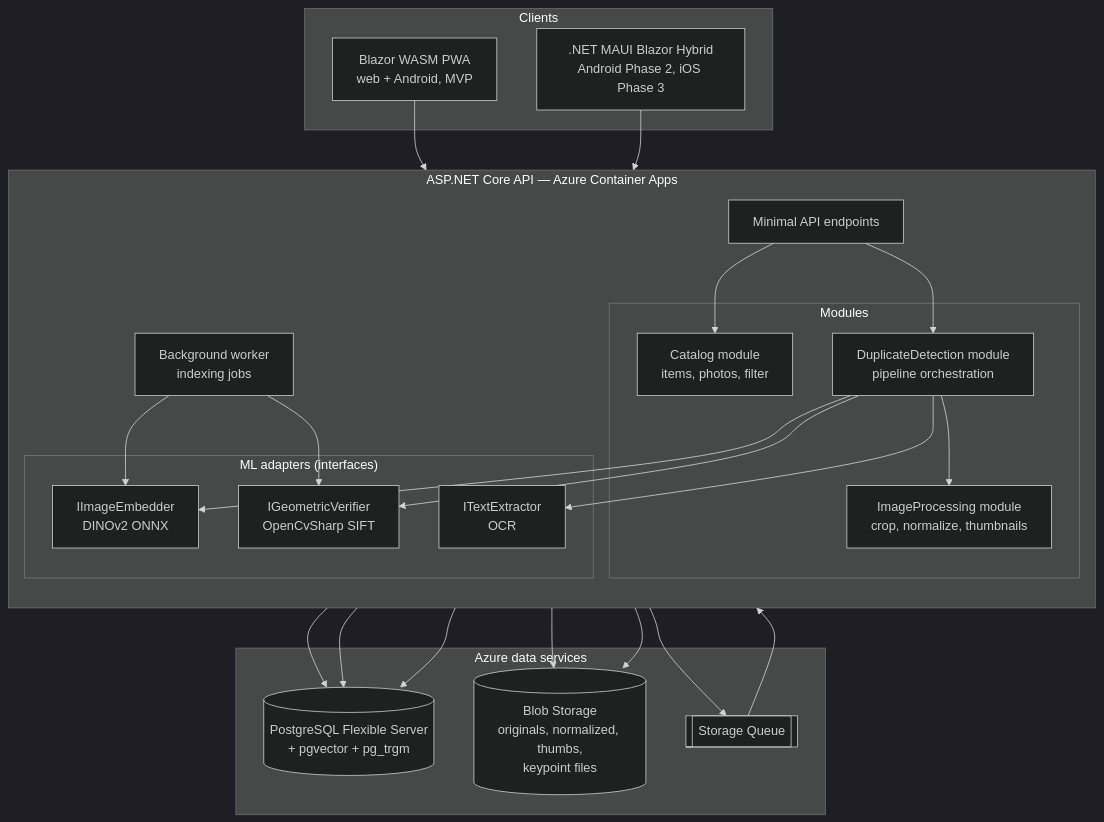
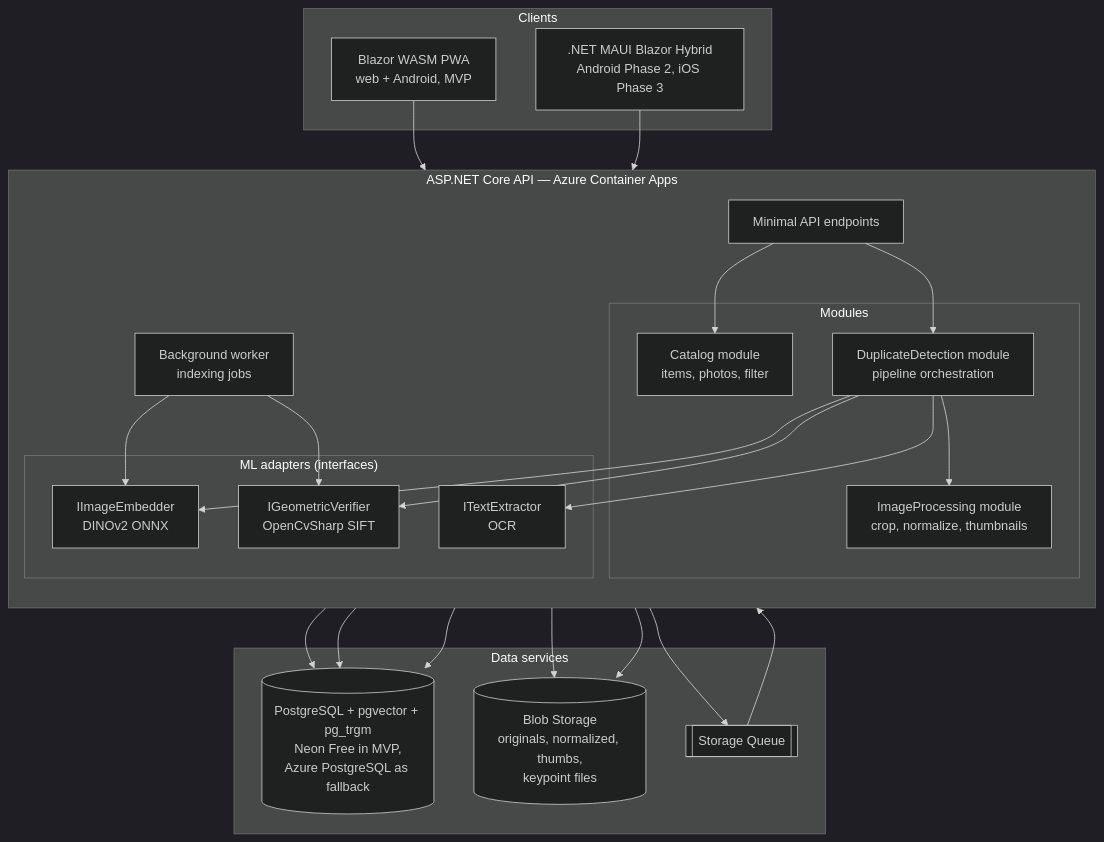
Before and after one commit to jborowiak/Collection-Organizer: the fourth of 8 diagrams in 02-architecture.md, drawn with Mermaid (dark theme). The commit also changed other lines of this file, not shown here.

Commit message:
Update architecture design

````diff
--- a/02-architecture.md
+++ b/02-architecture.md
@@ -213,47 +214,47 @@
 ```mermaid
 flowchart TB
     subgraph Clients
         WEB[Blazor WASM PWA<br/>web + Android, MVP]
         MAUI[.NET MAUI Blazor Hybrid<br/>Android Phase 2, iOS Phase 3]
     end
 
     subgraph Backend["ASP.NET Core API — Azure Container Apps"]
         direction TB
         EP[Minimal API endpoints]
         subgraph Modules
             CAT[Catalog module<br/>items, photos, filter]
             DUP[DuplicateDetection module<br/>pipeline orchestration]
             IMG[ImageProcessing module<br/>crop, normalize, thumbnails]
         end
         subgraph ML["ML adapters (interfaces)"]
             EMB[IImageEmbedder<br/>DINOv2 ONNX]
             GEO[IGeometricVerifier<br/>OpenCvSharp SIFT]
             TXT[ITextExtractor<br/>OCR]
         end
         BG[Background worker<br/>indexing jobs]
     end
 
-    subgraph Data["Azure data services"]
-        PG[(PostgreSQL Flexible Server<br/>+ pgvector + pg_trgm)]
+    subgraph Data["Data services"]
+        PG[(PostgreSQL + pgvector + pg_trgm<br/>Neon Free in MVP,<br/>Azure PostgreSQL as fallback)]
         BLOB[(Blob Storage<br/>originals, normalized, thumbs,<br/>keypoint files)]
         Q[[Storage Queue]]
     end
 
     WEB --> EP
     MAUI --> EP
     EP --> CAT
     EP --> DUP
     DUP --> IMG
     DUP --> EMB
     DUP --> GEO
     DUP --> TXT
     CAT --> PG
     CAT --> BLOB
     DUP --> PG
     CAT --> Q
     Q --> BG
     BG --> EMB
     BG --> GEO
     BG --> PG
     BG --> BLOB
 ```
````
